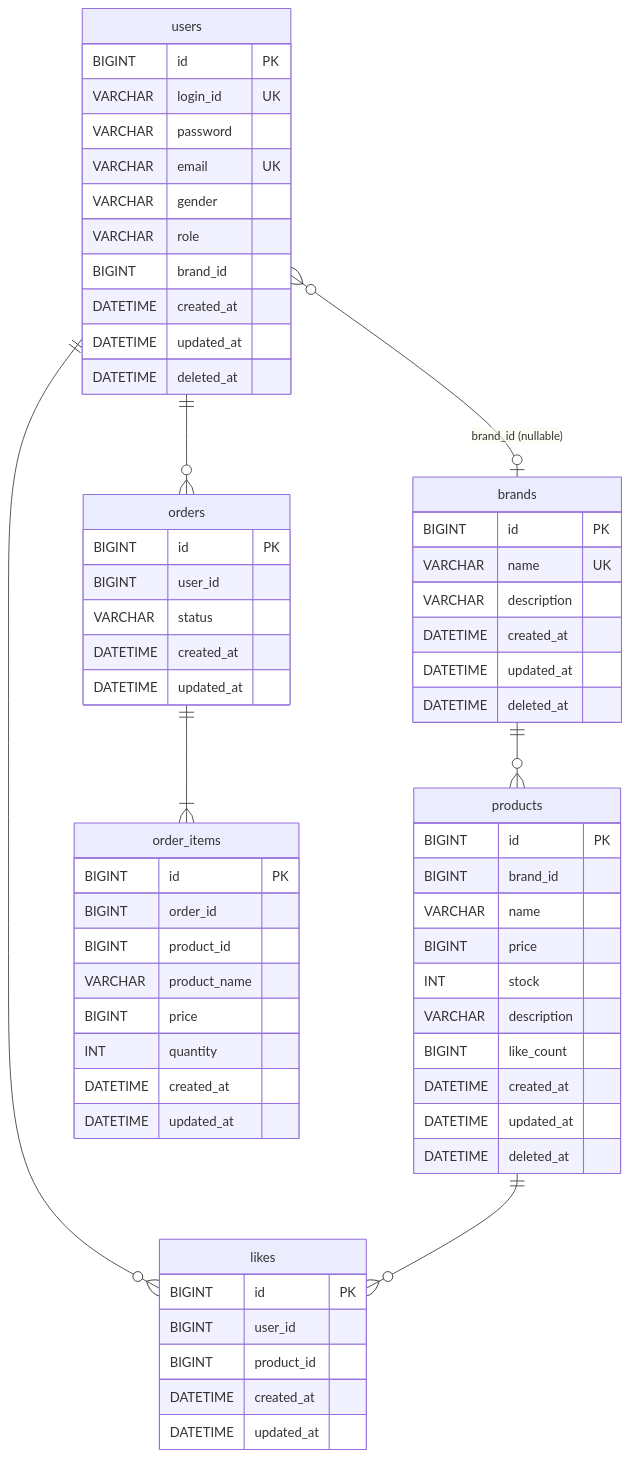
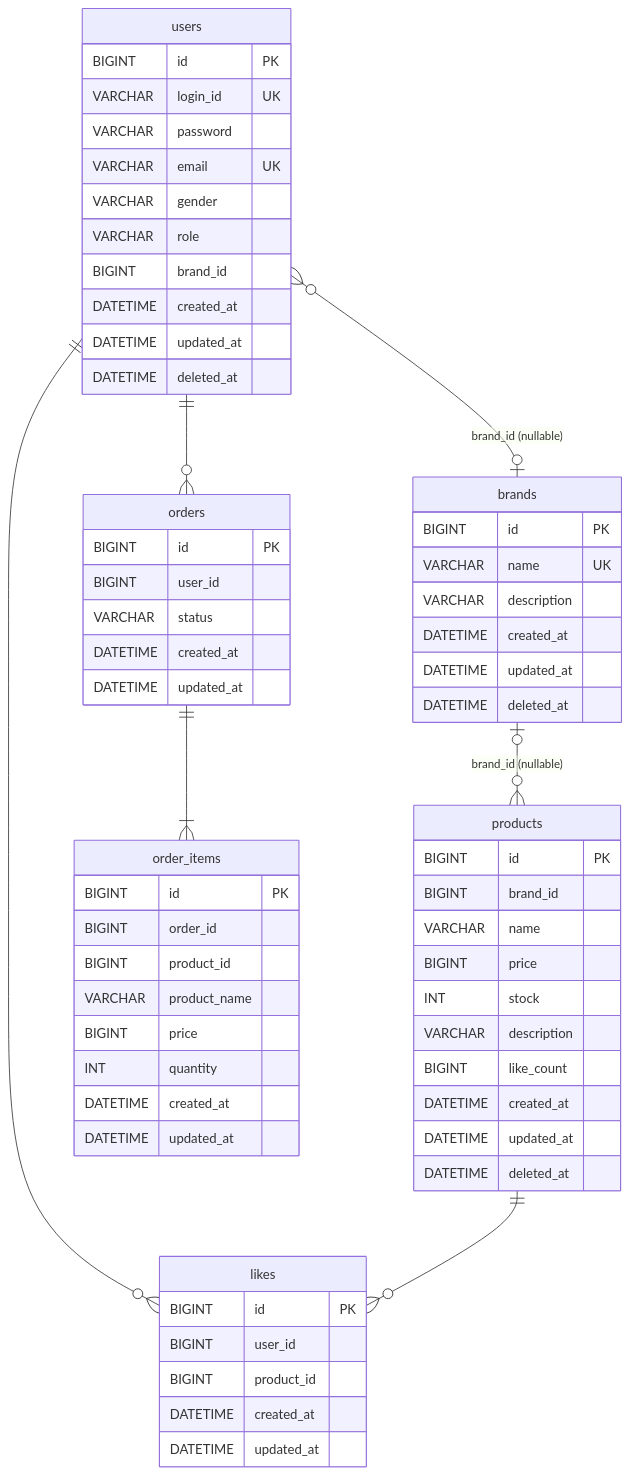
One commit to loopers-labs/loop-pack-be-l2-vol4-java changed the diagram in .docs/design/04-erd.md. Above: the diagram before and after it, drawn with Mermaid. The commit also changed 5 other files, not shown here.

````diff
--- a/.docs/design/04-erd.md
+++ b/.docs/design/04-erd.md
@@ -5,71 +5,71 @@
 ```mermaid
 erDiagram
     users {
         BIGINT id PK
         VARCHAR login_id UK
         VARCHAR password
         VARCHAR email UK
         VARCHAR gender
         VARCHAR role
         BIGINT brand_id
         DATETIME created_at
         DATETIME updated_at
         DATETIME deleted_at
     }
 
     brands {
         BIGINT id PK
         VARCHAR name UK
         VARCHAR description
         DATETIME created_at
         DATETIME updated_at
         DATETIME deleted_at
     }
 
     products {
         BIGINT id PK
         BIGINT brand_id
         VARCHAR name
         BIGINT price
         INT stock
         VARCHAR description
         BIGINT like_count
         DATETIME created_at
         DATETIME updated_at
         DATETIME deleted_at
     }
 
     likes {
         BIGINT id PK
         BIGINT user_id
         BIGINT product_id
         DATETIME created_at
         DATETIME updated_at
     }
 
     orders {
         BIGINT id PK
         BIGINT user_id
         VARCHAR status
         DATETIME created_at
         DATETIME updated_at
     }
 
     order_items {
         BIGINT id PK
         BIGINT order_id
         BIGINT product_id
         VARCHAR product_name
         BIGINT price
         INT quantity
         DATETIME created_at
         DATETIME updated_at
     }
 
     users }o--o| brands : "brand_id (nullable)"
     users ||--o{ likes : ""
     users ||--o{ orders : ""
-    brands ||--o{ products : ""
+    brands |o--o{ products : "brand_id (nullable)"
     products ||--o{ likes : ""
     orders ||--|{ order_items : ""
 ```
````
